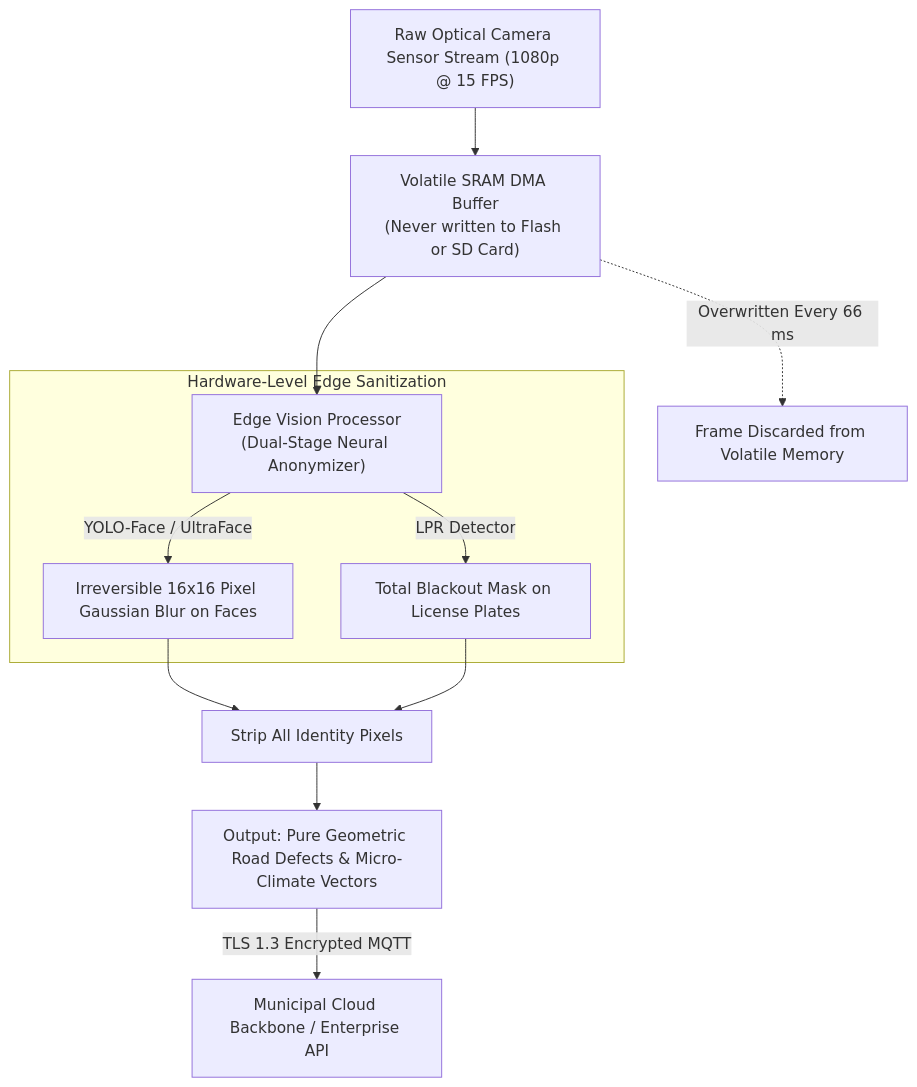
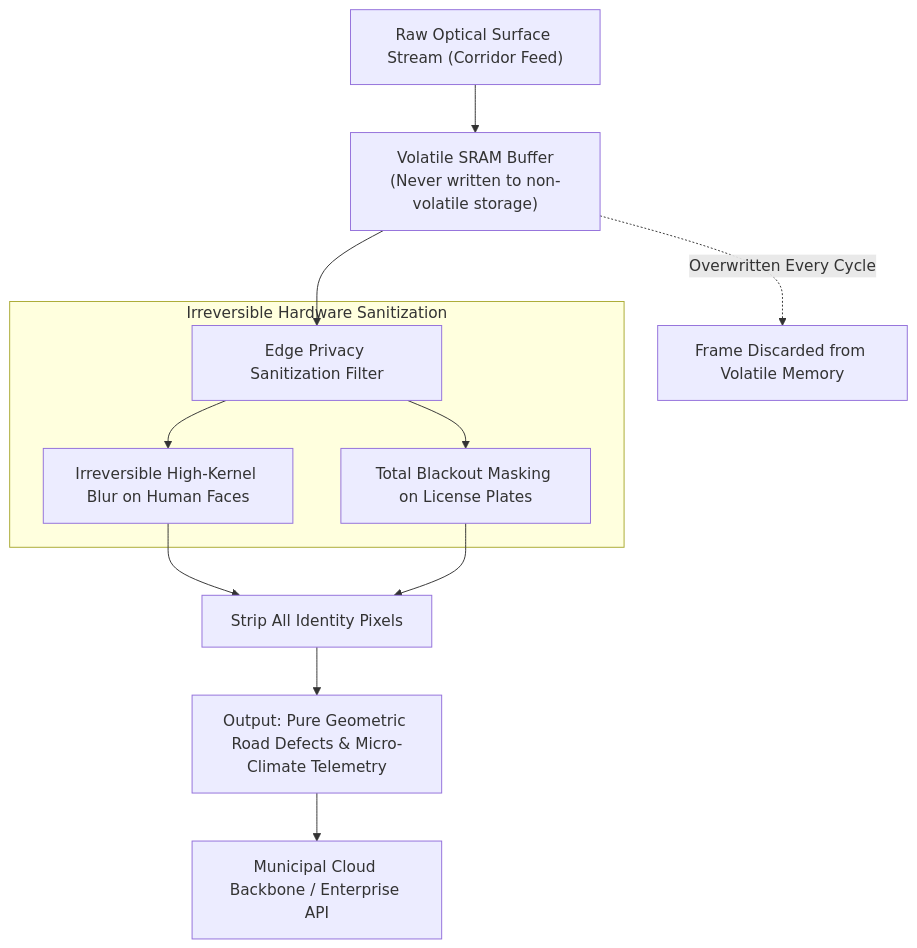
The diagram in docs/DPDT_COMPLIANCE_AND_SECURITY.md (pranav520214/Eco-Guardian-Sentinel), drawn with Mermaid before and after one commit. The commit also changed other lines of this file and 12 other files, not shown here.

Commit message:
refactor: eliminate all code files; enrich repo with sacred Vedic Sanskrit shlokas and beautiful architectural prose

````diff
--- a/docs/DPDT_COMPLIANCE_AND_SECURITY.md
+++ b/docs/DPDT_COMPLIANCE_AND_SECURITY.md
@@ -21,19 +26,19 @@
 ```mermaid
 graph TD
-    RAW["Raw Optical Camera Sensor Stream (1080p @ 15 FPS)"] --> RAM["Volatile SRAM DMA Buffer<br/>(Never written to Flash or SD Card)"]
+    RAW["Raw Optical Surface Stream (Corridor Feed)"] --> RAM["Volatile SRAM Buffer<br/>(Never written to non-volatile storage)"]
     
-    RAM --> CV["Edge Vision Processor<br/>(Dual-Stage Neural Anonymizer)"]
+    RAM --> CV["Edge Privacy Sanitization Filter"]
     
-    subgraph Edge_Hardware_Sanitization["Hardware-Level Edge Sanitization"]
-        CV -->|YOLO-Face / UltraFace| BLUR_FACE["Irreversible 16x16 Pixel Gaussian Blur on Faces"]
-        CV -->|LPR Detector| BLUR_PLATE["Total Blackout Mask on License Plates"]
+    subgraph Edge_Hardware_Sanitization["Irreversible Hardware Sanitization"]
+        CV --> BLUR_FACE["Irreversible High-Kernel Blur on Human Faces"]
+        CV --> BLUR_PLATE["Total Blackout Masking on License Plates"]
     end
     
     BLUR_FACE --> STRIP["Strip All Identity Pixels"]
     BLUR_PLATE --> STRIP
     
-    STRIP --> OUT["Output: Pure Geometric Road Defects & Micro-Climate Vectors"]
-    OUT -->|TLS 1.3 Encrypted MQTT| CLOUD["Municipal Cloud Backbone / Enterprise API"]
+    STRIP --> OUT["Output: Pure Geometric Road Defects & Micro-Climate Telemetry"]
+    OUT --> CLOUD["Municipal Cloud Backbone / Enterprise API"]
     
-    RAM -.->|Overwritten Every 66 ms| FLUSH["Frame Discarded from Volatile Memory"]
+    RAM -.->|Overwritten Every Cycle| FLUSH["Frame Discarded from Volatile Memory"]
 ```
````
